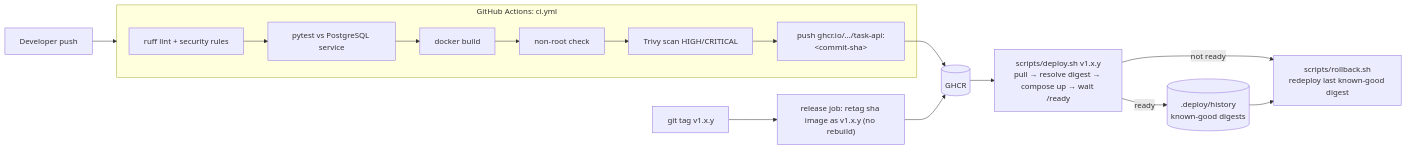
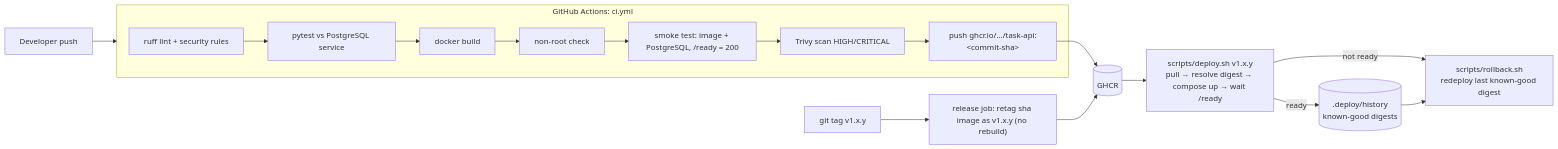
One commit to Abdu11ahBilal/Devops-Assignment-Apex-Arabia changed the first of 2 diagrams in docs/architecture.md. Above: the diagram before and after it, drawn with Mermaid. The commit also changed other lines of this file and 3 other files, not shown here.

Commit message:
Document smoke test, add v1.0.2 deployment and test-result evidence

````diff
--- a/docs/architecture.md
+++ b/docs/architecture.md
@@ -5,18 +5,19 @@
 ```mermaid
 flowchart LR
     dev[Developer push] --> gha
     subgraph gha[GitHub Actions: ci.yml]
         lint[ruff lint + security rules] --> test[pytest vs PostgreSQL service]
         test --> build[docker build]
         build --> nonroot[non-root check]
-        nonroot --> trivy[Trivy scan HIGH/CRITICAL]
+        nonroot --> smoke[smoke test: image + PostgreSQL, /ready = 200]
+        smoke --> trivy[Trivy scan HIGH/CRITICAL]
         trivy --> push["push ghcr.io/…/task-api:&lt;commit-sha&gt;"]
     end
     tag[git tag v1.x.y] --> promote["release job: retag sha image as v1.x.y (no rebuild)"]
     push --> ghcr[(GHCR)]
     promote --> ghcr
     ghcr --> deploy["scripts/deploy.sh v1.x.y<br/>pull → resolve digest → compose up → wait /ready"]
     deploy -- ready --> history[(.deploy/history<br/>known-good digests)]
     deploy -- not ready --> rollback["scripts/rollback.sh<br/>redeploy last known-good digest"]
     history --> rollback
 ```
````
